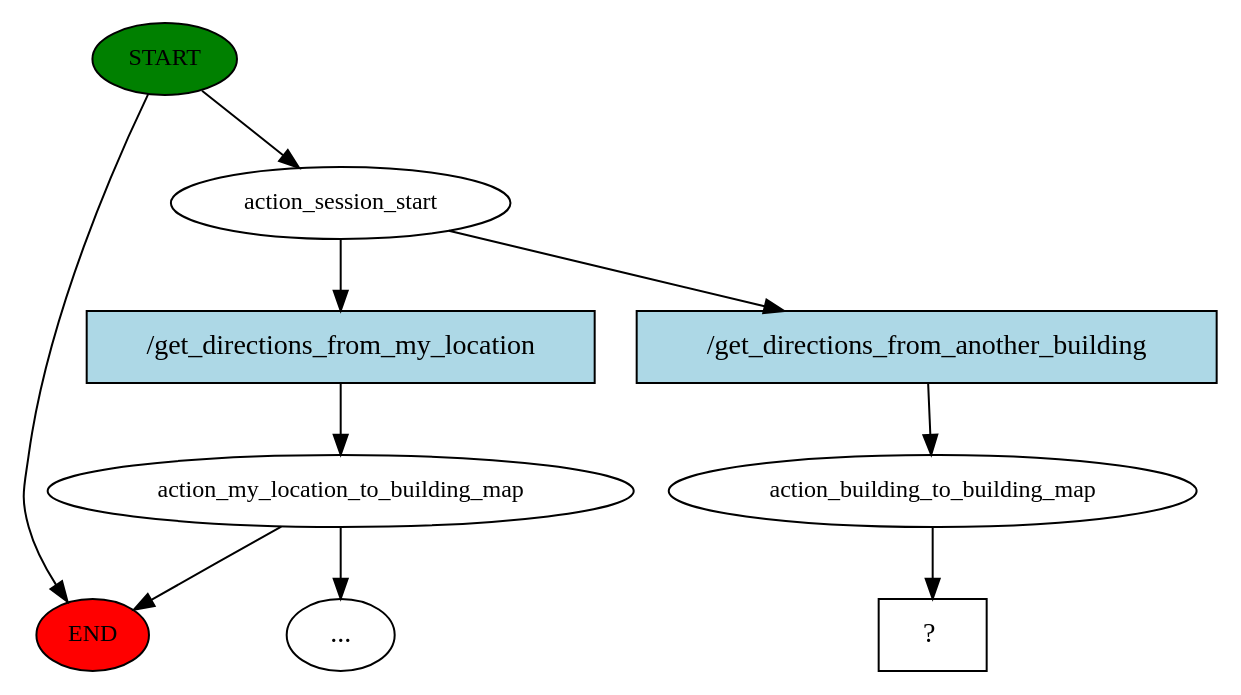
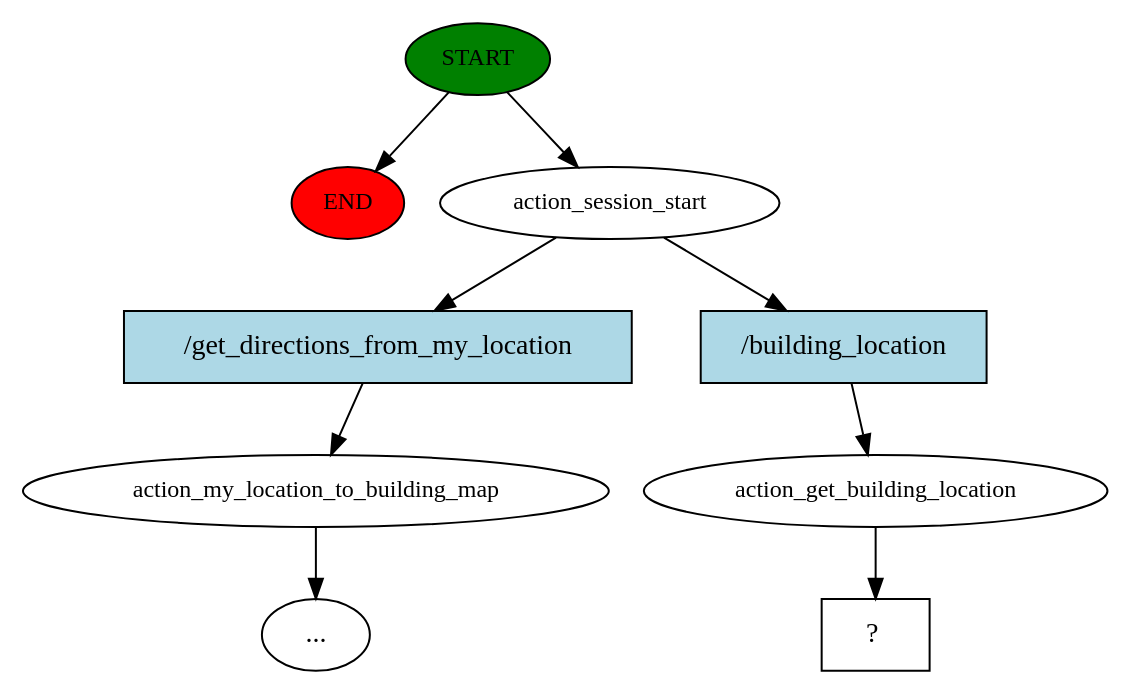
Before and after one commit to Alex-Tomo/kv6003: the diagram in rasa/story_graph.dot, drawn with Graphviz. The commit also changed 22 other files, not shown here.

```diff
--- a/rasa/story_graph.dot
+++ b/rasa/story_graph.dot
@@ -1,20 +1,19 @@
 digraph  {
 0 [class="start active", fillcolor=green, fontsize=12, label=START, style=filled];
 "-1" [class=end, fillcolor=red, fontsize=12, label=END, style=filled];
 1 [class=active, fontsize=12, label=action_session_start];
 2 [class="", fontsize=12, label=action_my_location_to_building_map];
 "-3" [class=ellipsis, label="..."];
-6 [class=active, fontsize=12, label=action_building_to_building_map];
-7 [class="intent dashed active", label="  ?  ", shape=rect];
-8 [class=intent, fillcolor=lightblue, label="/get_directions_from_my_location", shape=rect, style=filled];
-9 [class="intent active", fillcolor=lightblue, label="/get_directions_from_another_building", shape=rect, style=filled];
+4 [class=active, fontsize=12, label=action_get_building_location];
+5 [class="intent dashed active", label="  ?  ", shape=rect];
+6 [class=intent, fillcolor=lightblue, label="/get_directions_from_my_location", shape=rect, style=filled];
+7 [class="intent active", fillcolor=lightblue, label="/building_location", shape=rect, style=filled];
 0 -> "-1"  [class="", key=NONE, label=""];
 0 -> 1  [class=active, key=NONE, label=""];
-1 -> 8  [class="", key=0];
-1 -> 9  [class=active, key=0];
+1 -> 6  [class="", key=0];
+1 -> 7  [class=active, key=0];
 2 -> "-3"  [class="", key=NONE, label=""];
-2 -> "-1"  [class="", key=NONE, label=""];
-6 -> 7  [class=active, key=NONE, label=""];
-8 -> 2  [class="", key=0];
-9 -> 6  [class=active, key=0];
+4 -> 5  [class=active, key=NONE, label=""];
+6 -> 2  [class="", key=0];
+7 -> 4  [class=active, key=0];
 }
```
